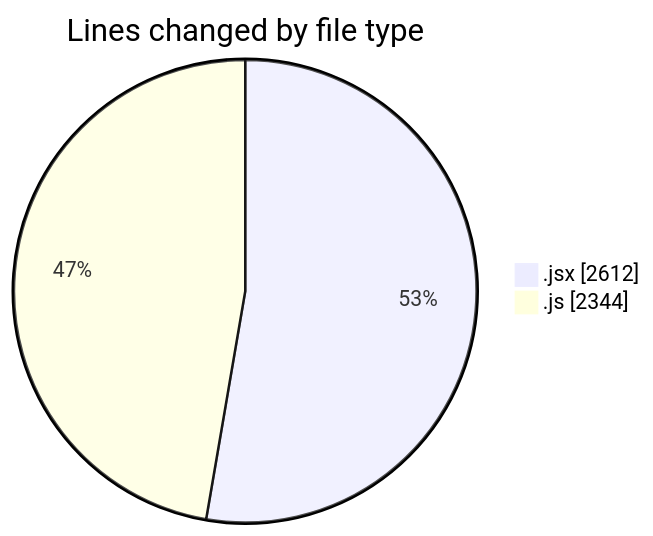
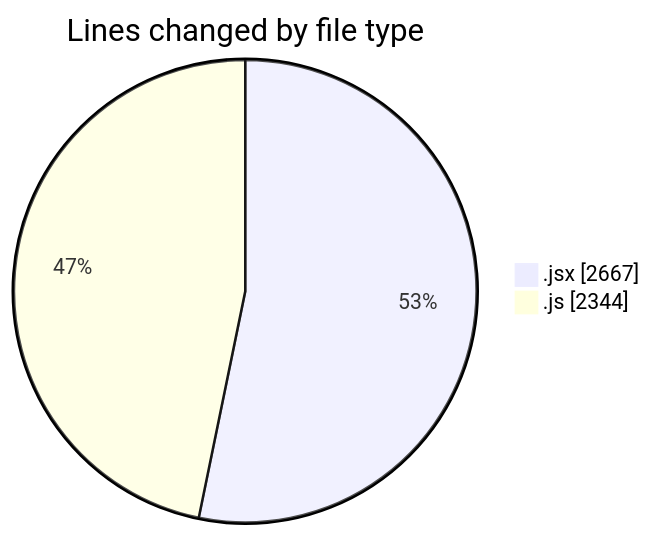
Before and after one commit to nxtqubesakshisongat/code-tracking: the first of 2 diagrams in 2026-01-08/nxtqube_webapp/README.md, drawn with Mermaid. The commit also changed other lines of this file and 1 other file, not shown here.

````diff
--- a/2026-01-08/nxtqube_webapp/README.md
+++ b/2026-01-08/nxtqube_webapp/README.md
@@ -23,6 +23,6 @@
 ```mermaid
 pie showData
 title Lines changed by file type
-".jsx" : 2612
+".jsx" : 2667
 ".js" : 2344
 ```
````
